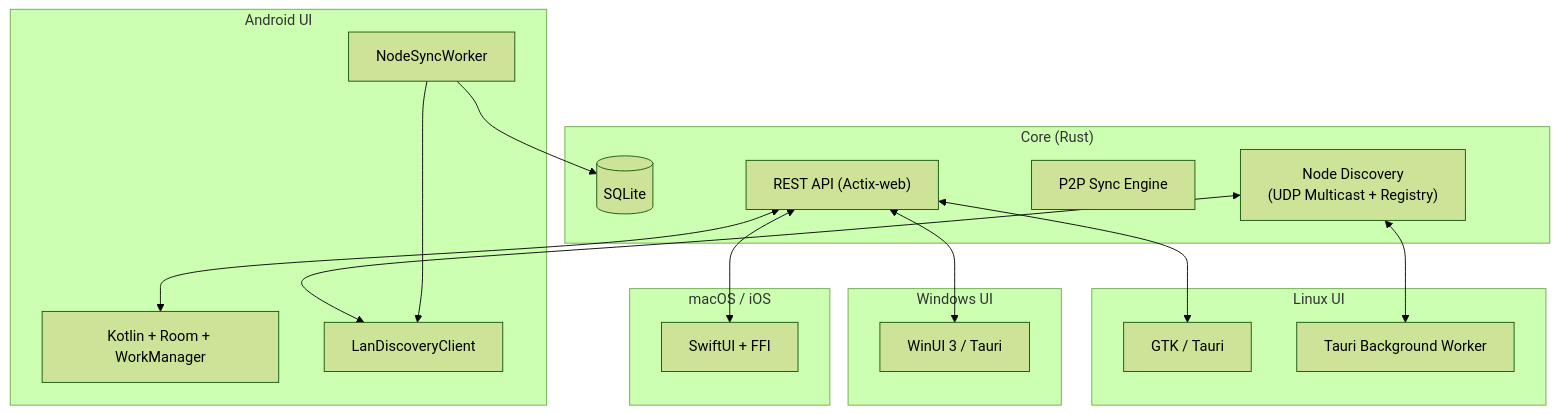
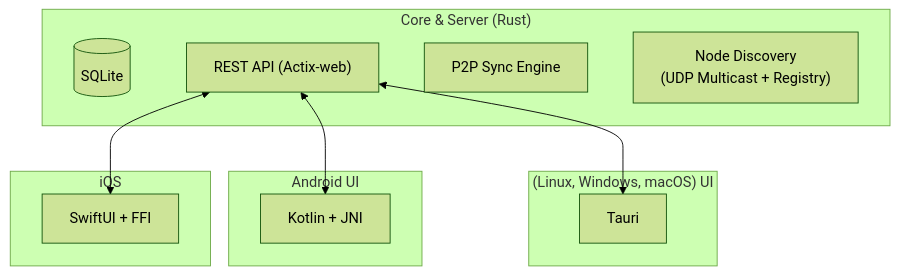
One commit to ekwator/truth-training changed the diagram in docs/architecture.md. Above: the diagram before and after it, drawn with Mermaid (forest theme). The commit also changed other lines of this file, not shown here.

Commit message:
Update architecture documentation with P2P implementation details for different platforms

````diff
--- a/docs/architecture.md
+++ b/docs/architecture.md
@@ -128,37 +125,25 @@
 ```mermaid
 flowchart TB
-    subgraph Core ["Core (Rust)"]
+    subgraph Core ["Core & Server (Rust)"]
         DB[("SQLite")]
         API["REST API (Actix-web)"]
         Sync["P2P Sync Engine"]
         Discovery["Node Discovery<br/>(UDP Multicast + Registry)"]
     end
 
-    subgraph LinuxUI ["Linux UI"]
-        GTK["GTK / Tauri"]
-        TauriWorker["Tauri Background Worker"]
-    end
-
-    subgraph WindowsUI ["Windows UI"]
-        WIN["WinUI 3 / Tauri"]
+    subgraph LinuxUI ["(Linux, Windows, macOS) UI"]
+        UI["Tauri"]
     end
 
     subgraph AndroidUI ["Android UI"]
-        AND["Kotlin + Room + WorkManager"]
-        DiscoveryClient["LanDiscoveryClient"]
-        SyncWorker["NodeSyncWorker"]
+        AND["Kotlin + JNI"]
     end
 
-    subgraph AppleUI ["macOS / iOS"]
-        APP["SwiftUI + FFI"]
+    subgraph AppleUI ["iOS"]
+        IOS["SwiftUI + FFI"]
     end
 
-    API <--> GTK
-    API <--> WIN
+    API <--> UI
     API <--> AND
-    API <--> APP
-    Discovery <--> TauriWorker
-    Discovery <--> DiscoveryClient
-    SyncWorker --> DiscoveryClient
-    SyncWorker --> DB
+    API <--> IOS
 ```
````
